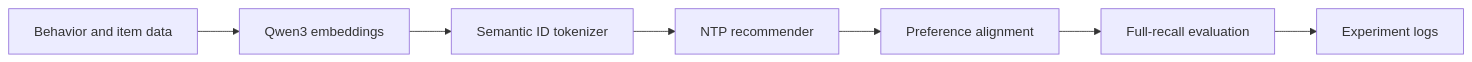
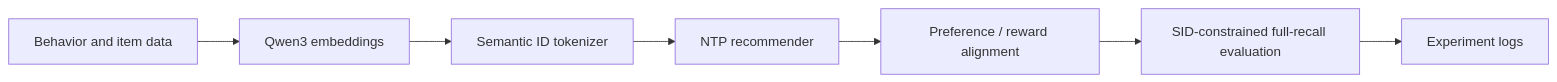
Before and after one commit to yzq986/nanoGenRec: the second of 2 diagrams in README.md, drawn with Mermaid. The commit also changed other lines of this file and 1 other file, not shown here.

````diff
--- a/README.md
+++ b/README.md
@@ -103,9 +66,9 @@
 ```mermaid
 graph LR
     A["Behavior and item data"] --> B["Qwen3 embeddings"]
     B --> C["Semantic ID tokenizer"]
     C --> D["NTP recommender"]
-    D --> E["Preference alignment"]
-    E --> F["Full-recall evaluation"]
+    D --> E["Preference / reward alignment"]
+    E --> F["SID-constrained full-recall evaluation"]
     F --> G["Experiment logs"]
 ```
````
